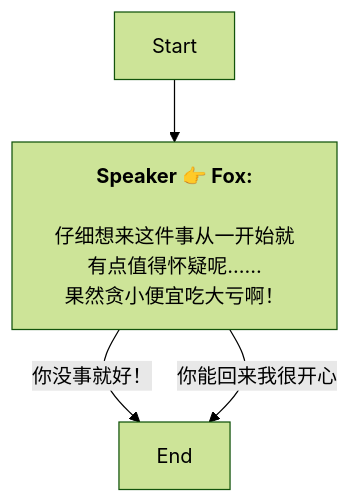
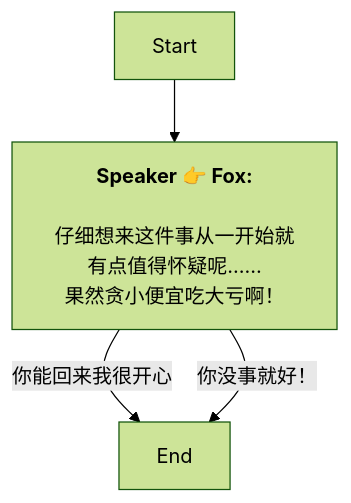
The diagram in Zh/QuestStartTalkENode_1739146114390373.md (SoftHu/tos_avg), drawn with Mermaid (forest theme) before and after one commit. The commit also changed other lines of this file and 780 other files, not shown here.

````diff
--- a/Zh/QuestStartTalkENode_1739146114390373.md
+++ b/Zh/QuestStartTalkENode_1739146114390373.md
@@ -1,9 +1,9 @@
 ```mermaid
 graph
 Start -->1770679271752837[<b>Speaker 👉 Fox:</b>
 \n仔细想来这件事从一开始就有点值得怀疑呢……
 果然贪小便宜吃大亏啊！]
+1770679271752837 -->|你能回来我很开心|1739146289998191[End]
 1770679271752837 -->|你没事就好！|1739146289998191[End]
-1770679271752837 -->|你能回来我很开心|1739146289998191[End]
 
 ```
````
